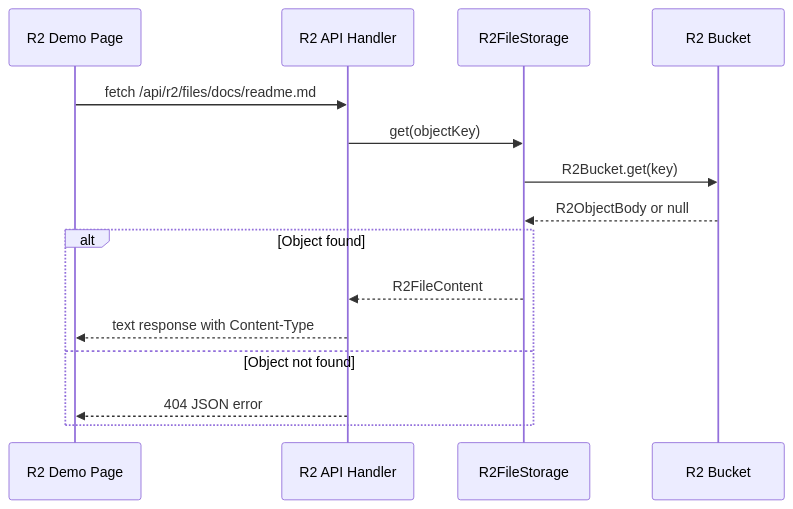
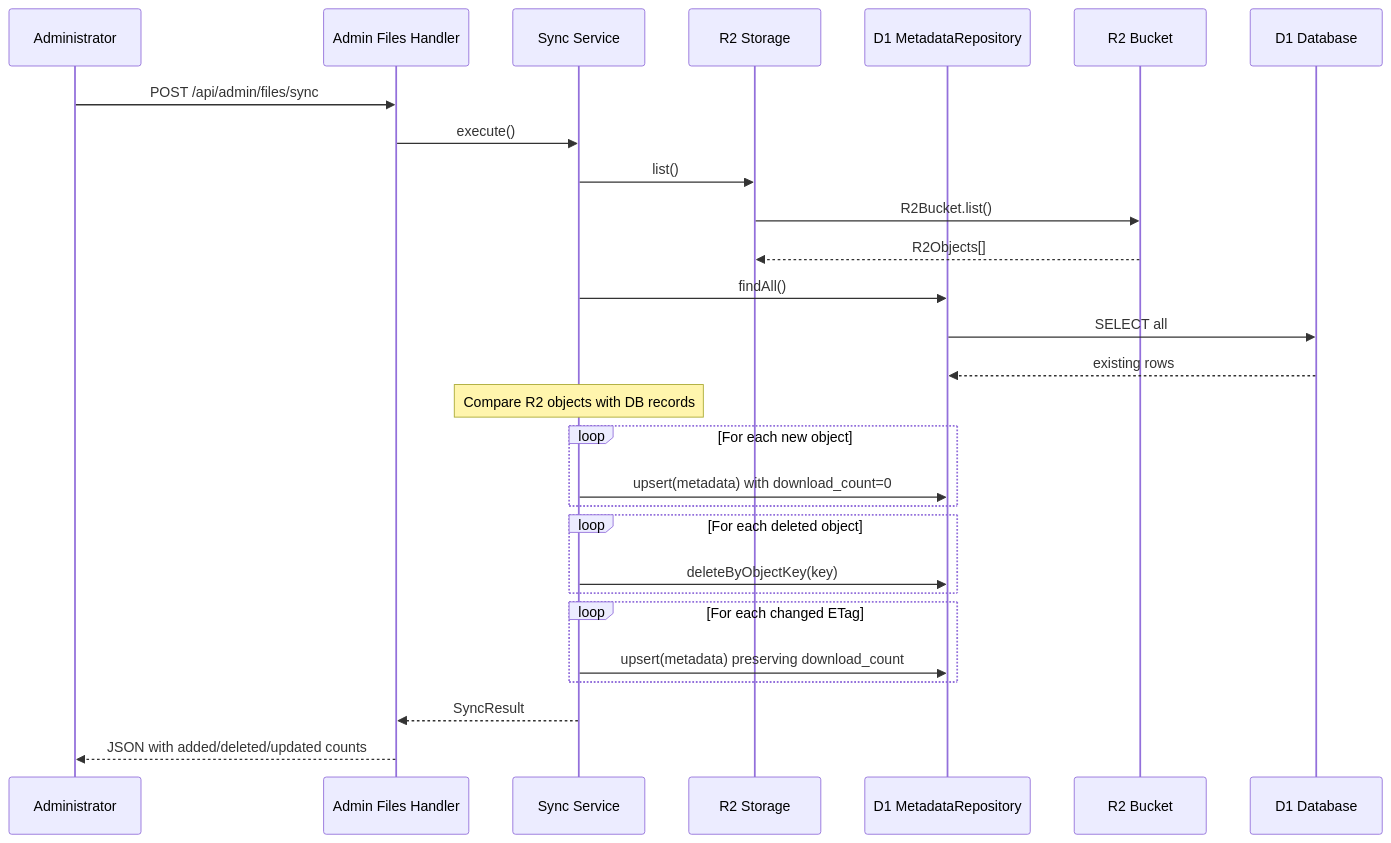
Before and after one commit to yantene/yantene.net: the fourth of 5 diagrams in .kiro/specs/r2-download-demo/design.md, drawn with Mermaid. The commit also changed other lines of this file and 2 other files, not shown here.

Commit message:
ドメイン層命名を object-storage に統一 + 設計フェーズ完了

````diff
--- a/.kiro/specs/r2-download-demo/design.md
+++ b/.kiro/specs/r2-download-demo/design.md
@@ -152,18 +157,34 @@
 ```mermaid
 sequenceDiagram
-    participant Browser as R2 Demo Page
-    participant Handler as R2 API Handler
-    participant Storage as R2FileStorage
+    participant Admin as Administrator
+    participant Handler as Admin Files Handler
+    participant SyncService as Sync Service
+    participant Storage as R2 Storage
+    participant MetaRepo as D1 MetadataRepository
     participant R2 as R2 Bucket
+    participant D1 as D1 Database
 
-    Browser->>Handler: fetch /api/r2/files/docs/readme.md
-    Handler->>Storage: get(objectKey)
-    Storage->>R2: R2Bucket.get(key)
-    R2-->>Storage: R2ObjectBody or null
-    alt Object found
-        Storage-->>Handler: R2FileContent
-        Handler-->>Browser: text response with Content-Type
-    else Object not found
-        Handler-->>Browser: 404 JSON error
+    Admin->>Handler: POST /api/admin/files/sync
+    Handler->>SyncService: execute()
+    SyncService->>Storage: list()
+    Storage->>R2: R2Bucket.list()
+    R2-->>Storage: R2Objects[]
+    SyncService->>MetaRepo: findAll()
+    MetaRepo->>D1: SELECT all
+    D1-->>MetaRepo: existing rows
+
+    Note over SyncService: Compare R2 objects with DB records
+
+    loop For each new object
+        SyncService->>MetaRepo: upsert(metadata) with download_count=0
     end
+    loop For each deleted object
+        SyncService->>MetaRepo: deleteByObjectKey(key)
+    end
+    loop For each changed ETag
+        SyncService->>MetaRepo: upsert(metadata) preserving download_count
+    end
+
+    SyncService-->>Handler: SyncResult
+    Handler-->>Admin: JSON with added/deleted/updated counts
 ```
````
